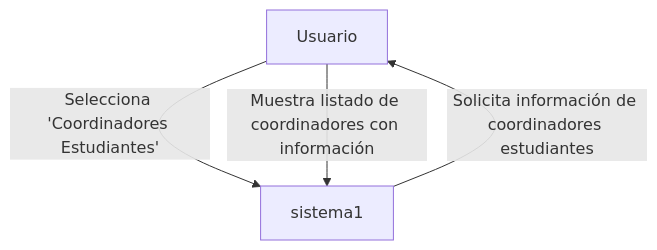
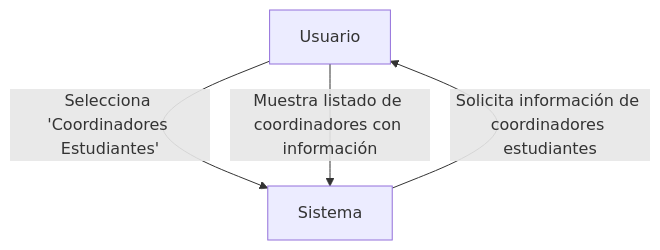
Before and after one commit to UPT-FAING-EPIS/proyecto-si8811a-2024-ii-u2-documentacion-lizarraga_arenas: diagram 11 of 12 in README.md, drawn with Mermaid. The commit also changed other lines of this file, not shown here.

````diff
--- a/README.md
+++ b/README.md
@@ -241,6 +241,6 @@
 ```mermaid
 flowchart TD
-    actor1[Usuario] -->|Selecciona 'Coordinadores Estudiantes'| sistema1
+    actor1[Usuario] -->|Selecciona 'Coordinadores Estudiantes'| sistema1[Sistema]
     sistema1 -->|Solicita información de coordinadores estudiantes| actor1
     actor1 -->|Muestra listado de coordinadores con información| sistema1
 ```
````
